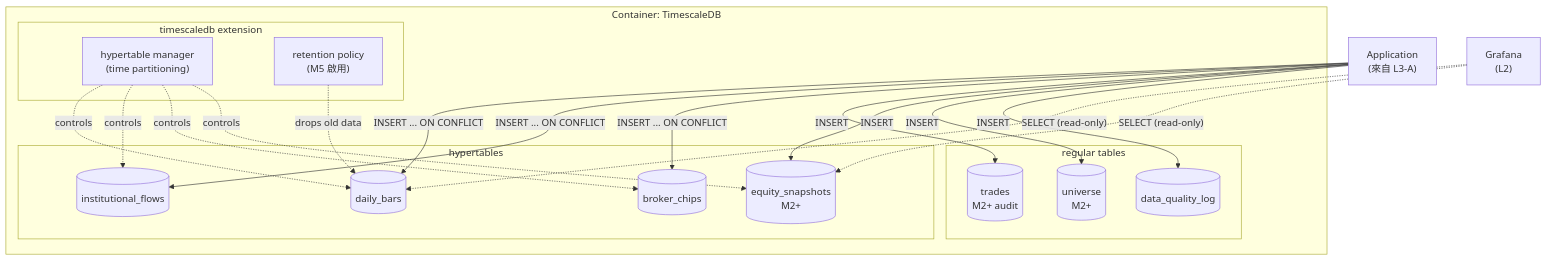
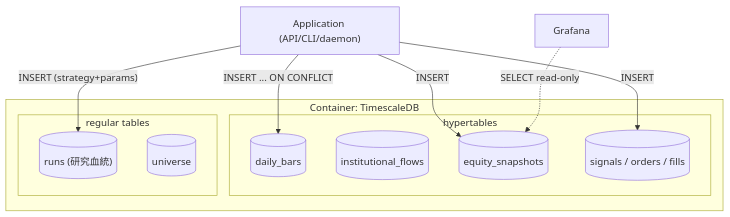
One commit to Zenobia000/Quantitative_Trading changed the fourth of 7 diagrams in dev_docs/05_architecture_and_design_document.md. Above: the diagram before and after it, drawn with Mermaid. The commit also changed other lines of this file and 51 other files, not shown here.

````diff
--- a/dev_docs/05_architecture_and_design_document.md
+++ b/dev_docs/05_architecture_and_design_document.md
@@ -323,41 +173,23 @@
 ```mermaid
 flowchart TD
     subgraph container["Container: TimescaleDB"]
-        subgraph extension["timescaledb extension"]
-            hyper["hypertable manager<br/>(time partitioning)"]
-            retention["retention policy<br/>(M5 啟用)"]
-        end
-
-        subgraph hypertables["hypertables"]
+        subgraph hyper["hypertables"]
             bars[("daily_bars")]
             inst[("institutional_flows")]
-            chips[("broker_chips")]
-            eq[("equity_snapshots<br/>M2+")]
+            eq[("equity_snapshots")]
+            sig[("signals / orders / fills")]
         end
-
-        subgraph tables["regular tables"]
-            univ[("universe<br/>M2+")]
-            tr[("trades<br/>M2+ audit")]
-            dq[("data_quality_log")]
+        subgraph reg["regular tables"]
+            runs[("runs (研究血統)")]
+            univ[("universe")]
         end
-
-        hyper -.controls.-> bars
-        hyper -.controls.-> inst
-        hyper -.controls.-> chips
-        hyper -.controls.-> eq
-        retention -.drops old data.-> bars
     end
-
-    app["Application<br/>(來自 L3-A)"]
-    grafana["Grafana<br/>(L2)"]
+    app["Application (API/CLI/daemon)"]
+    grafana["Grafana"]
 
     app -->|"INSERT ... ON CONFLICT"| bars
-    app -->|"INSERT ... ON CONFLICT"| inst
-    app -->|"INSERT ... ON CONFLICT"| chips
-    app -->|"INSERT"| tr
+    app -->|"INSERT"| sig
     app -->|"INSERT"| eq
-    app -->|"INSERT"| univ
-    app -->|"INSERT"| dq
-    grafana -.->|"SELECT (read-only)"| bars
-    grafana -.->|"SELECT (read-only)"| eq
+    app -->|"INSERT (strategy+params)"| runs
+    grafana -.->|"SELECT read-only"| eq
 ```
````
